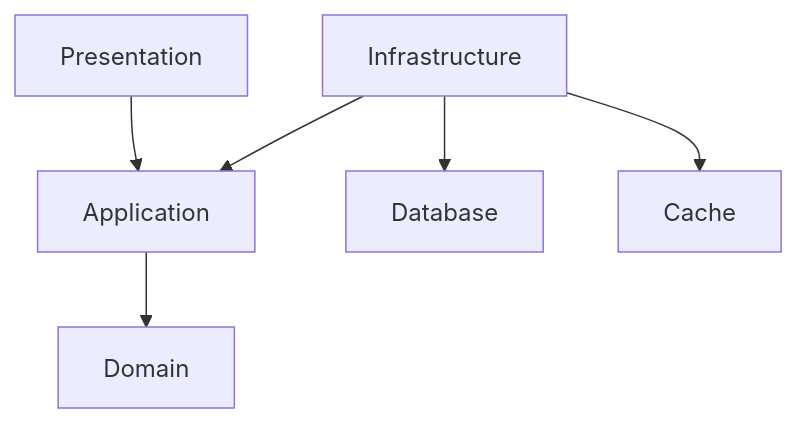
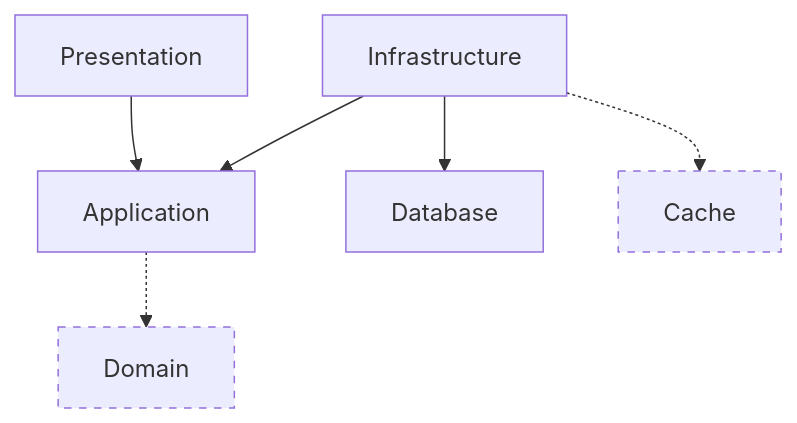
One commit to marc-santos/clearpoint-todo changed the diagram in Solution.README.md. Above: the diagram before and after it, drawn with Mermaid. The commit also changed other lines of this file and 4 other files, not shown here.

````diff
--- a/Solution.README.md
+++ b/Solution.README.md
@@ -154,15 +154,18 @@
 ```mermaid
 graph TD
 A[Presentation]
 B[Infrastructure]
 C[Application]
 D[Domain]
 E[Database]
 F[Cache]
 
 A --> C
 B --> C
-C --> D
+C -.-> D
 B --> E
-B --> F
+B -.-> F
+
+style D stroke-dasharray: 5, 5
+style F stroke-dasharray: 5, 5
 ```
````
